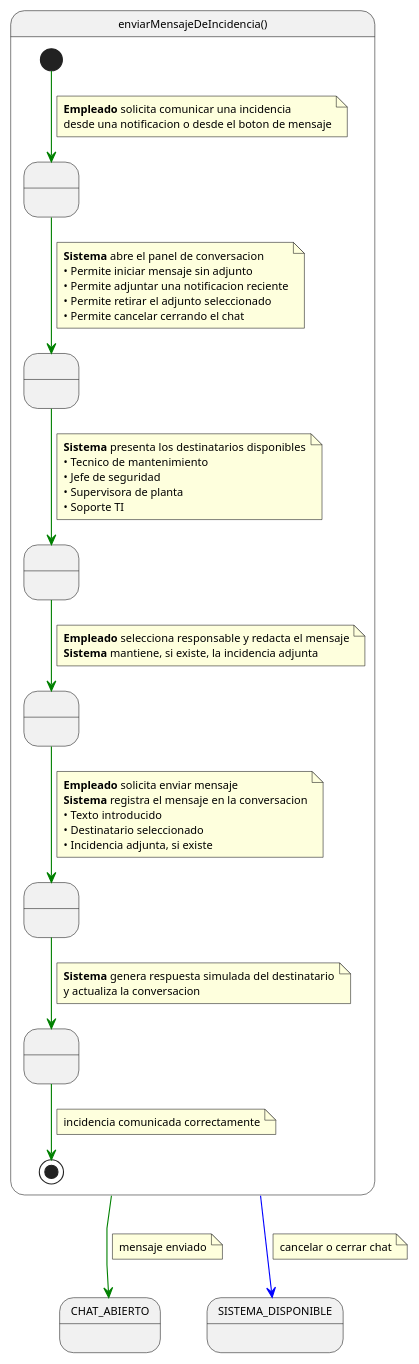
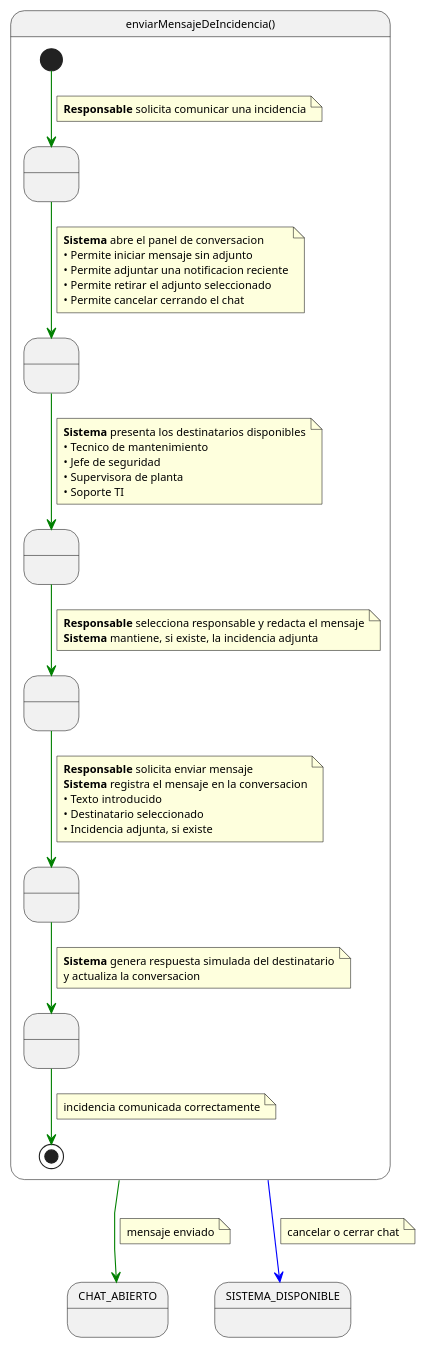
The diagram in codigoFuente/enviarMensajeDeIncidencia.puml (RaulPlayo/TFG-RaulPelayoParaja), drawn with PlantUML before and after one commit. The commit also changed 4 other files, not shown here.

```diff
--- a/codigoFuente/enviarMensajeDeIncidencia.puml
+++ b/codigoFuente/enviarMensajeDeIncidencia.puml
@@ -1,76 +1,75 @@
 @startuml cuEnviarMensajeDeIncidencia
 
 skinparam linetype polyline
 skinparam defaultFontName Arial
 skinparam defaultFontSize 10
 
 state enviarMensajeDeIncidencia as "enviarMensajeDeIncidencia()" {
   state " " as SeleccionandoIncidencia
   state " " as AbriendoChat
   state " " as SeleccionandoDestinatario
   state " " as RedactandoMensaje
   state " " as MensajeEnviado
   state " " as RespuestaRecibida
 
   [*] -[#green]-> SeleccionandoIncidencia
   note on link
-    <b>Empleado</b> solicita comunicar una incidencia
-    desde una notificacion o desde el boton de mensaje
+    <b>Responsable</b> solicita comunicar una incidencia
   end note
 
   SeleccionandoIncidencia -[#green]-> AbriendoChat
   note on link
     <b>Sistema</b> abre el panel de conversacion
     • Permite iniciar mensaje sin adjunto
     • Permite adjuntar una notificacion reciente
     • Permite retirar el adjunto seleccionado
     • Permite cancelar cerrando el chat
   end note
 
   AbriendoChat -[#green]-> SeleccionandoDestinatario
   note on link
     <b>Sistema</b> presenta los destinatarios disponibles
     • Tecnico de mantenimiento
     • Jefe de seguridad
     • Supervisora de planta
     • Soporte TI
   end note
 
   SeleccionandoDestinatario -[#green]-> RedactandoMensaje
   note on link
-    <b>Empleado</b> selecciona responsable y redacta el mensaje
+    <b>Responsable</b> selecciona responsable y redacta el mensaje
     <b>Sistema</b> mantiene, si existe, la incidencia adjunta
   end note
 
   RedactandoMensaje -[#green]-> MensajeEnviado
   note on link
-    <b>Empleado</b> solicita enviar mensaje
+    <b>Responsable</b> solicita enviar mensaje
     <b>Sistema</b> registra el mensaje en la conversacion
     • Texto introducido
     • Destinatario seleccionado
     • Incidencia adjunta, si existe
   end note
 
   MensajeEnviado -[#green]-> RespuestaRecibida
   note on link
     <b>Sistema</b> genera respuesta simulada del destinatario
     y actualiza la conversacion
   end note
 
   RespuestaRecibida -[#green]-> [*]
   note on link
     incidencia comunicada correctamente
   end note
 }
 
 enviarMensajeDeIncidencia -[#green]-> CHAT_ABIERTO
 note on link
   mensaje enviado
 end note
 
 enviarMensajeDeIncidencia -[#blue]-> SISTEMA_DISPONIBLE
 note on link
   cancelar o cerrar chat
 end note
 
 @enduml
```
